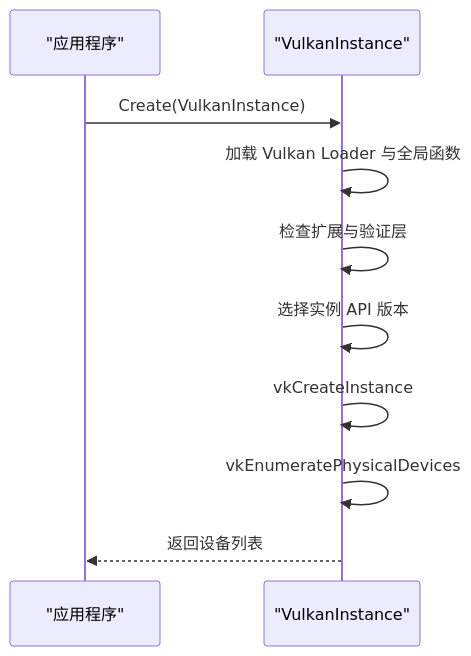
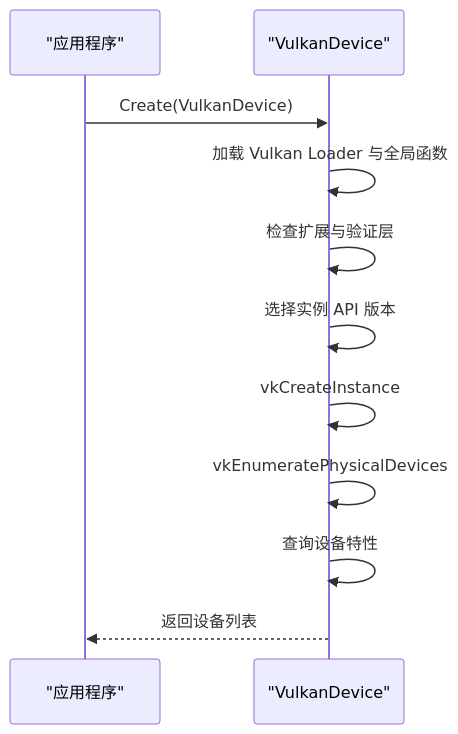
One commit to haolange/SharpGPU changed the fifth of 6 diagrams in .qoder/repowiki/zh/content/项目概览/项目概览.md. Above: the diagram before and after it, drawn with Mermaid. The commit also changed other lines of this file and 3 other files, not shown here.

````diff
--- a/.qoder/repowiki/zh/content/项目概览/项目概览.md
+++ b/.qoder/repowiki/zh/content/项目概览/项目概览.md
@@ -193,12 +229,13 @@
 ```mermaid
 sequenceDiagram
 participant App as "应用程序"
-participant VKI as "VulkanInstance"
-App->>VKI : Create(VulkanInstance)
+participant VKI as "VulkanDevice"
+App->>VKI : Create(VulkanDevice)
 VKI->>VKI : 加载 Vulkan Loader 与全局函数
 VKI->>VKI : 检查扩展与验证层
 VKI->>VKI : 选择实例 API 版本
 VKI->>VKI : vkCreateInstance
 VKI->>VKI : vkEnumeratePhysicalDevices
+VKI->>VKI : 查询设备特性
 VKI-->>App : 返回设备列表
 ```
````
